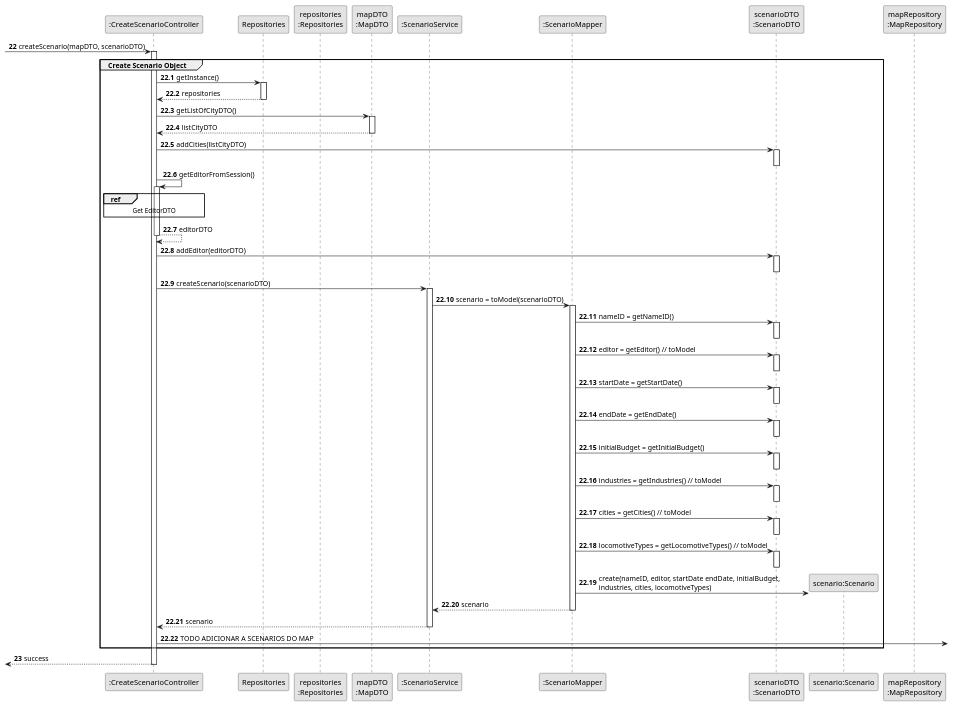
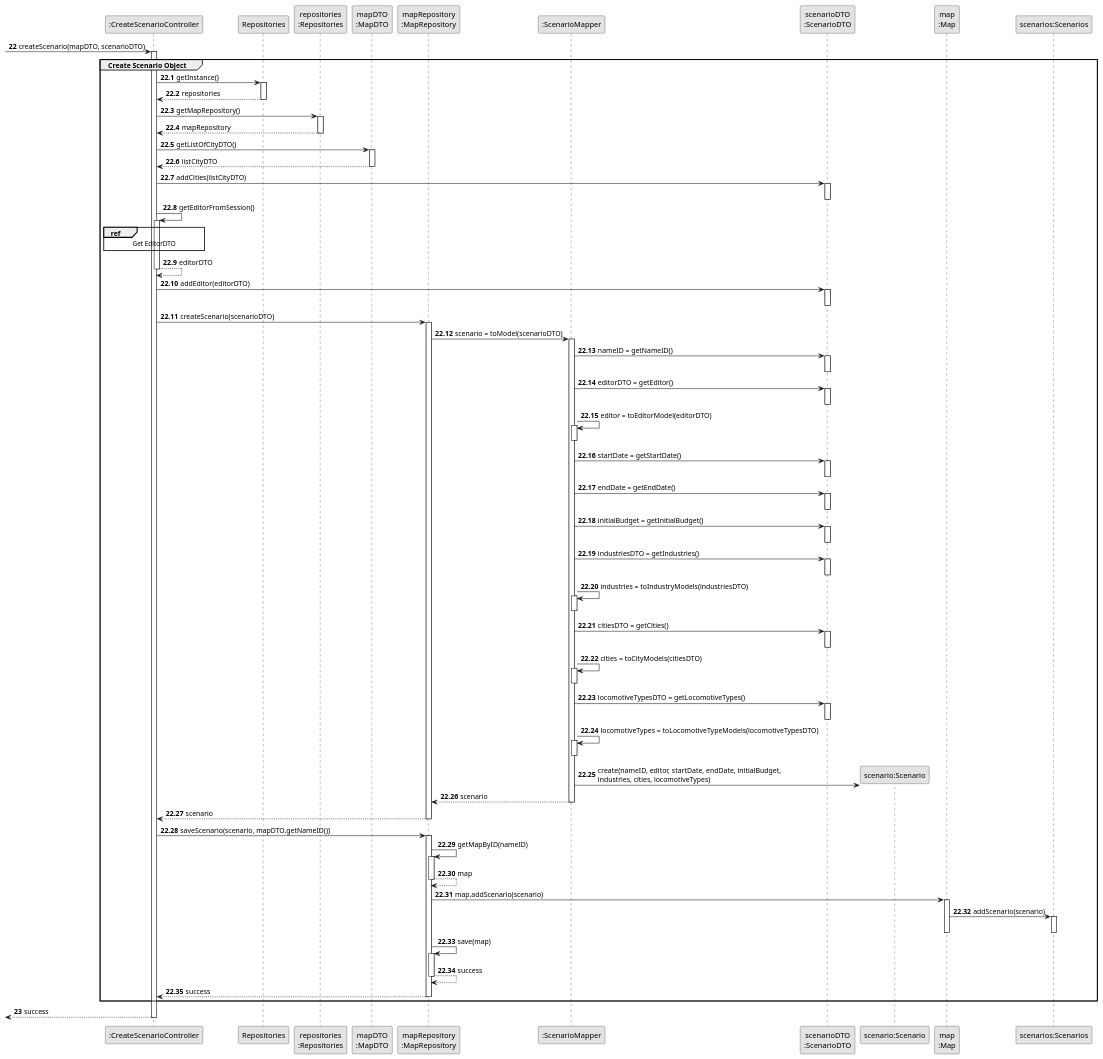
The diagram in docs/system-documentation/Sprint 3/US04/03.design/puml/US04-SD-partial-Create-Scenario-Object.puml (HenriqueSilva18/Railway-Network-Simulator), drawn with PlantUML before and after one commit. The commit also changed 2 other files, not shown here.

```diff
--- a/docs/system-documentation/Sprint 3/US04/03.design/puml/US04-SD-partial-Create-Scenario-Object.puml
+++ b/docs/system-documentation/Sprint 3/US04/03.design/puml/US04-SD-partial-Create-Scenario-Object.puml
@@ -1,111 +1,155 @@
 @startuml
 skinparam monochrome true
 skinparam packageStyle rectangle
 skinparam shadowing false
 
 participant ":CreateScenarioController" as CTRL
 participant "Repositories" as REPOS
 participant "repositories\n:Repositories" as REPOS_SINGLETON
 participant "mapDTO\n:MapDTO" as MAP_DTO
-participant ":ScenarioService" as SOME
+participant "mapRepository\n:MapRepository" as MAP_REPO
 participant ":ScenarioMapper" as SCN_MAPPER
 participant "scenarioDTO\n:ScenarioDTO" as SCN_DTO
 participant "scenario:Scenario" as SCN
-
-participant "mapRepository\n:MapRepository" as MAP_REPO
-
+participant "map\n:Map" as MAP
+participant "scenarios:Scenarios" as SCNS
 
 autonumber 22
 -> CTRL: createScenario(mapDTO, scenarioDTO)
 
 autonumber 22.1
 activate CTRL
     group Create Scenario Object
 
         CTRL -> REPOS : getInstance()
         activate REPOS
             REPOS --> CTRL: repositories
         deactivate REPOS
+
+        CTRL -> REPOS_SINGLETON: getMapRepository()
+        activate REPOS_SINGLETON
+            REPOS_SINGLETON --> CTRL: mapRepository
+        deactivate REPOS_SINGLETON
 
         CTRL -> MAP_DTO: getListOfCityDTO()
         activate MAP_DTO
 
             MAP_DTO --> CTRL: listCityDTO
         deactivate MAP_DTO
 
         CTRL -> SCN_DTO: addCities(listCityDTO)
         activate SCN_DTO
             deactivate SCN_DTO
 
 
         CTRL -> CTRL: getEditorFromSession()
         activate CTRL
 
         ref over CTRL
             Get EditorDTO
         end ref
 
         CTRL --> CTRL: editorDTO
         deactivate CTRL
 
         CTRL -> SCN_DTO: addEditor(editorDTO)
         activate SCN_DTO
             deactivate SCN_DTO
 
 
-        CTRL -> SOME: createScenario(scenarioDTO)
-            activate SOME
+        CTRL -> MAP_REPO: createScenario(scenarioDTO)
+            activate MAP_REPO
 
-            SOME -> SCN_MAPPER: scenario = toModel(scenarioDTO)
+            MAP_REPO -> SCN_MAPPER: scenario = toModel(scenarioDTO)
                 activate SCN_MAPPER
 
                 SCN_MAPPER -> SCN_DTO: nameID = getNameID()
                 activate SCN_DTO
-                    deactivate SCN_DTO
+                deactivate SCN_DTO
 
-                SCN_MAPPER -> SCN_DTO: editor = getEditor() // toModel
+                ' Conversão do Editor
+                SCN_MAPPER -> SCN_DTO: editorDTO = getEditor()
                 activate SCN_DTO
-                    deactivate SCN_DTO
+                deactivate SCN_DTO
+                SCN_MAPPER -> SCN_MAPPER: editor = toEditorModel(editorDTO)
+                activate SCN_MAPPER
+                deactivate SCN_MAPPER
 
                 SCN_MAPPER -> SCN_DTO: startDate = getStartDate()
                 activate SCN_DTO
-                    deactivate SCN_DTO
+                deactivate SCN_DTO
 
                 SCN_MAPPER -> SCN_DTO: endDate = getEndDate()
                 activate SCN_DTO
-                    deactivate SCN_DTO
+                deactivate SCN_DTO
 
                 SCN_MAPPER -> SCN_DTO: initialBudget = getInitialBudget()
                 activate SCN_DTO
-                    deactivate SCN_DTO
+                deactivate SCN_DTO
 
-                SCN_MAPPER -> SCN_DTO: industries = getIndustries() // toModel
+                ' Conversão das Industries
+                SCN_MAPPER -> SCN_DTO: industriesDTO = getIndustries()
                 activate SCN_DTO
-                    deactivate SCN_DTO
+                deactivate SCN_DTO
+                SCN_MAPPER -> SCN_MAPPER: industries = toIndustryModels(industriesDTO)
+                activate SCN_MAPPER
+                deactivate SCN_MAPPER
 
-                SCN_MAPPER -> SCN_DTO: cities = getCities() // toModel
+                ' Conversão das Cities
+                SCN_MAPPER -> SCN_DTO: citiesDTO = getCities()
                 activate SCN_DTO
-                    deactivate SCN_DTO
+                deactivate SCN_DTO
+                SCN_MAPPER -> SCN_MAPPER: cities = toCityModels(citiesDTO)
+                activate SCN_MAPPER
+                deactivate SCN_MAPPER
 
-                SCN_MAPPER -> SCN_DTO: locomotiveTypes = getLocomotiveTypes() // toModel
+                ' Conversão dos LocomotiveTypes
+                SCN_MAPPER -> SCN_DTO: locomotiveTypesDTO = getLocomotiveTypes()
                 activate SCN_DTO
-                    deactivate SCN_DTO
+                deactivate SCN_DTO
+                SCN_MAPPER -> SCN_MAPPER: locomotiveTypes = toLocomotiveTypeModels(locomotiveTypesDTO)
+                activate SCN_MAPPER
+                deactivate SCN_MAPPER
 
-                SCN_MAPPER -> SCN**: create(nameID, editor, startDate endDate, initialBudget,\nindustries, cities, locomotiveTypes)
+                SCN_MAPPER -> SCN**: create(nameID, editor, startDate, endDate, initialBudget,\nindustries, cities, locomotiveTypes)
 
-            SCN_MAPPER --> SOME: scenario
+            SCN_MAPPER --> MAP_REPO: scenario
             deactivate SCN_MAPPER
 
-            SOME --> CTRL: scenario
-            deactivate SOME
+            MAP_REPO --> CTRL: scenario
+            deactivate MAP_REPO
 
-            CTRL -> : TODO ADICIONAR A SCENARIOS DO MAP
+            CTRL -> MAP_REPO: saveScenario(scenario, mapDTO.getNameID())
+            activate MAP_REPO
+
+                MAP_REPO -> MAP_REPO: getMapByID(nameID)
+                activate MAP_REPO
+                    MAP_REPO --> MAP_REPO: map
+                    deactivate MAP_REPO
+
+                MAP_REPO -> MAP: map.addScenario(scenario)
+                activate MAP
+                    MAP -> SCNS: addScenario(scenario)
+                    activate SCNS
+                        deactivate SCNS
+
+                deactivate MAP
+
+
+                MAP_REPO -> MAP_REPO: save(map)
+                activate MAP_REPO
+
+                MAP_REPO --> MAP_REPO: success
+                deactivate MAP_REPO
+
+            MAP_REPO --> CTRL: success
+            deactivate MAP_REPO
 
     end
 
     autonumber 23
     <-- CTRL : success
 deactivate CTRL
 
 
 @enduml
```
